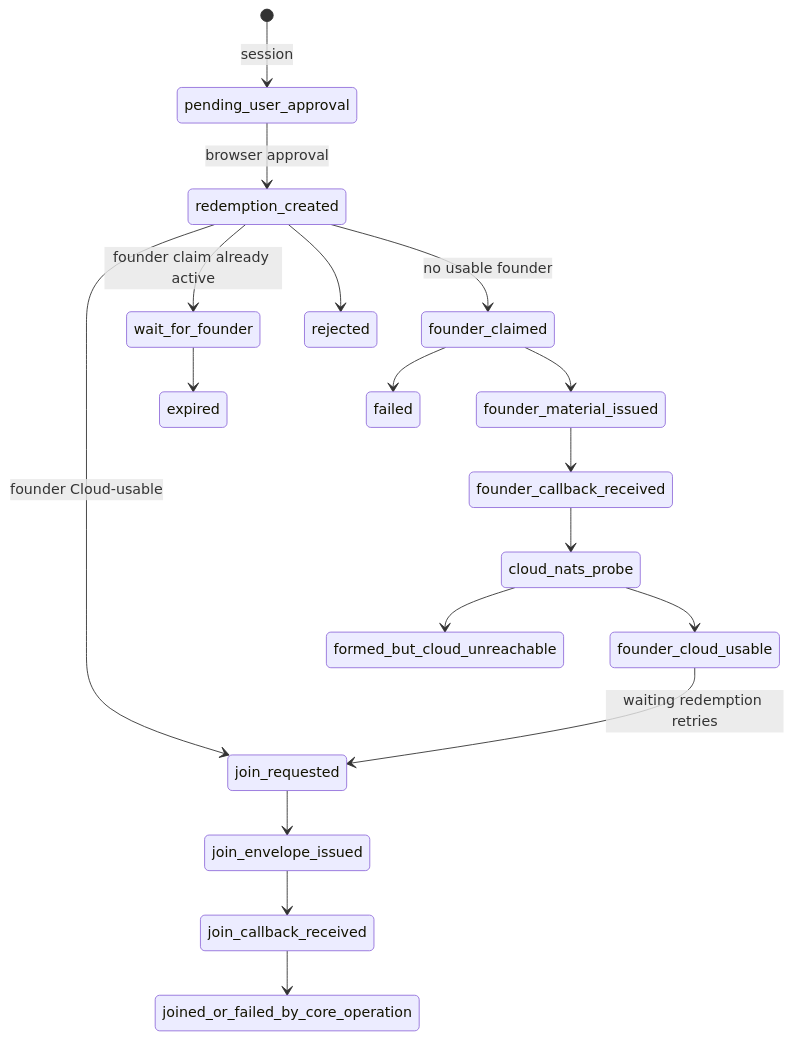
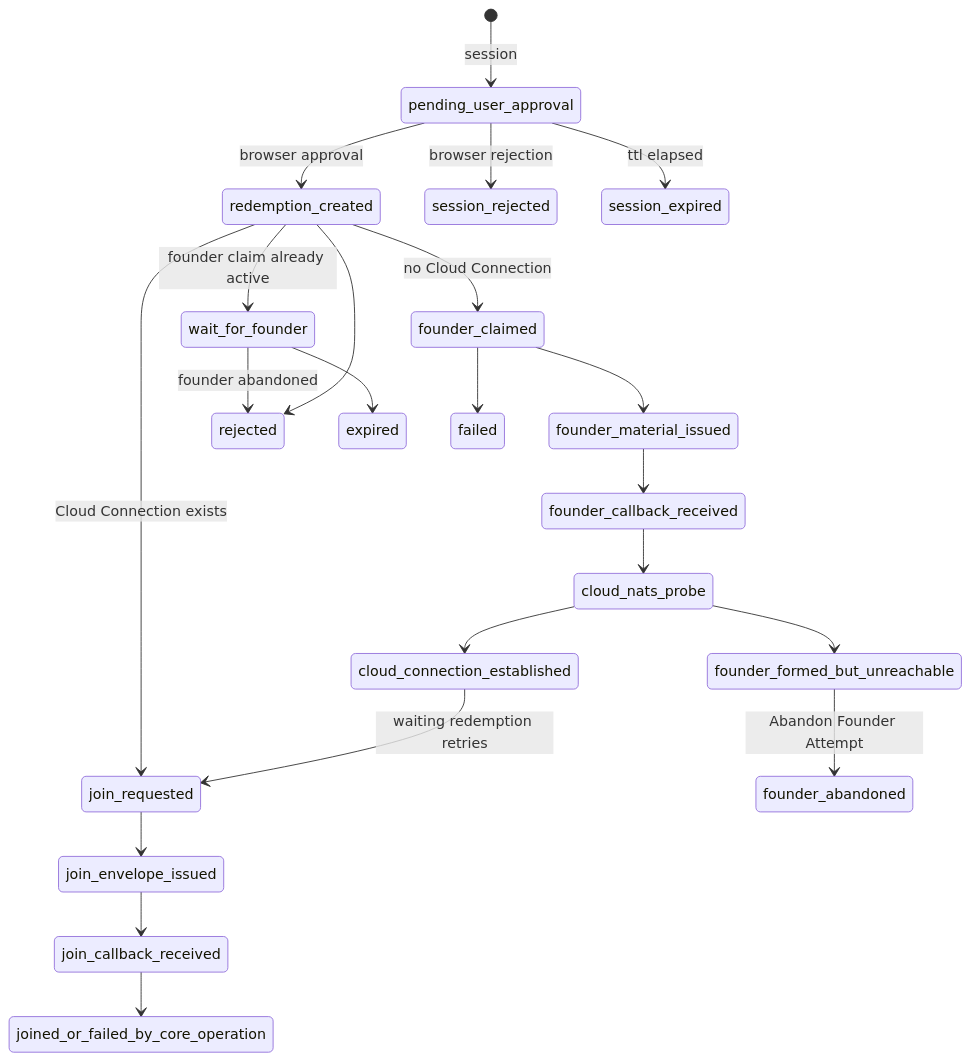
One commit to getployz/ployz changed the third of 3 diagrams in docs/plans/2026-06-26-002-feat-cross-repo-cloud-bootstrap-full-functionality-plan.md. Above: the diagram before and after it, drawn with Mermaid. The commit also changed other lines of this file and 52 other files, not shown here.

````diff
--- a/docs/plans/2026-06-26-002-feat-cross-repo-cloud-bootstrap-full-functionality-plan.md
+++ b/docs/plans/2026-06-26-002-feat-cross-repo-cloud-bootstrap-full-functionality-plan.md
@@ -321,20 +469,24 @@
 ```mermaid
 stateDiagram-v2
   [*] --> pending_user_approval: session
   pending_user_approval --> redemption_created: browser approval
-  redemption_created --> founder_claimed: no usable founder
+  pending_user_approval --> session_rejected: browser rejection
+  pending_user_approval --> session_expired: ttl elapsed
+  redemption_created --> founder_claimed: no Cloud Connection
   redemption_created --> wait_for_founder: founder claim already active
-  redemption_created --> join_requested: founder Cloud-usable
+  redemption_created --> join_requested: Cloud Connection exists
   founder_claimed --> founder_material_issued
   founder_material_issued --> founder_callback_received
   founder_callback_received --> cloud_nats_probe
-  cloud_nats_probe --> founder_cloud_usable
-  cloud_nats_probe --> formed_but_cloud_unreachable
-  founder_cloud_usable --> join_requested: waiting redemption retries
+  cloud_nats_probe --> cloud_connection_established
+  cloud_nats_probe --> founder_formed_but_unreachable
+  founder_formed_but_unreachable --> founder_abandoned: Abandon Founder Attempt
+  cloud_connection_established --> join_requested: waiting redemption retries
+  wait_for_founder --> rejected: founder abandoned
   join_requested --> join_envelope_issued
   join_envelope_issued --> join_callback_received
   join_callback_received --> joined_or_failed_by_core_operation
   redemption_created --> rejected
   wait_for_founder --> expired
   founder_claimed --> failed
 ```
````
